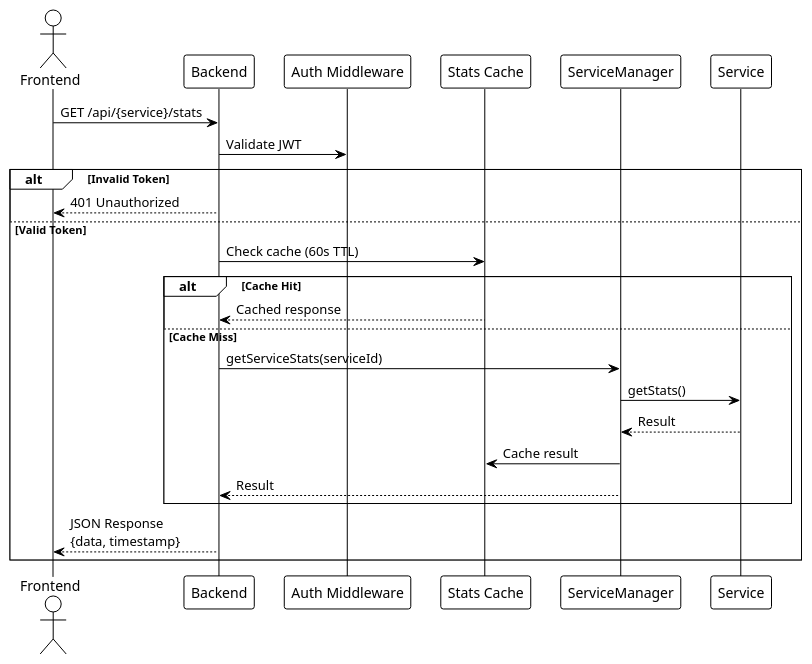
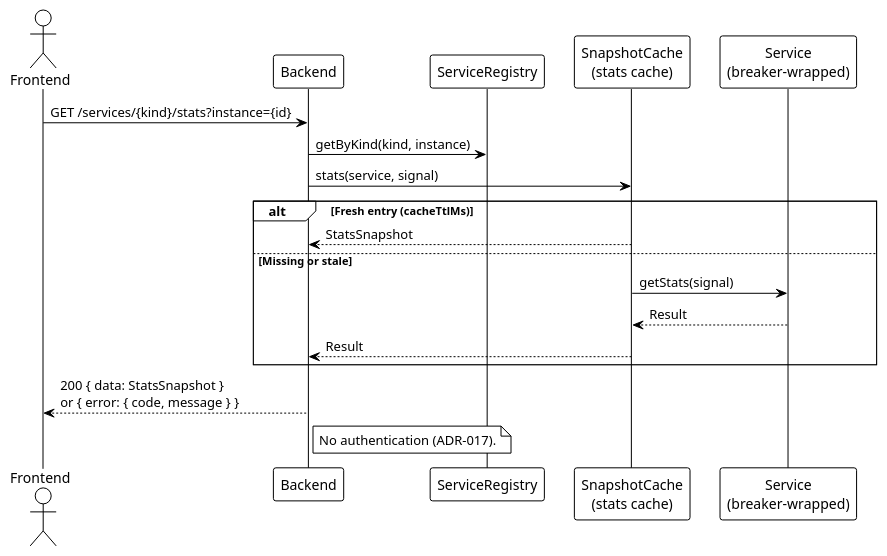
The second of 3 diagrams in docs/features/service-monitoring.md (EraPartner/Watchman), drawn with PlantUML before and after one commit. The commit also changed other lines of this file and 32 other files, not shown here.

````diff
--- a/docs/features/service-monitoring.md
+++ b/docs/features/service-monitoring.md
@@ -210,30 +198,27 @@
 ```plantuml
 @startuml
 !theme plain
 
 actor "Frontend" as FE
 participant "Backend" as BE
-participant "Auth Middleware" as Auth
-participant "Stats Cache" as Cache
-participant "ServiceManager" as SvcMgr
-participant "Service" as Svc
+participant "ServiceRegistry" as Reg
+participant "SnapshotCache\n(stats cache)" as Cache
+participant "Service\n(breaker-wrapped)" as Svc
 
-FE -> BE : GET /api/{service}/stats
-BE -> Auth : Validate JWT
-alt Invalid Token
-    BE --> FE : 401 Unauthorized
-else Valid Token
-    BE -> Cache : Check cache (60s TTL)
-    alt Cache Hit
-        Cache --> BE : Cached response
-    else Cache Miss
-        BE -> SvcMgr : getServiceStats(serviceId)
-        SvcMgr -> Svc : getStats()
-        Svc --> SvcMgr : Result
-        SvcMgr -> Cache : Cache result
-        SvcMgr --> BE : Result
-    end
-    BE --> FE : JSON Response\n{data, timestamp}
+FE -> BE : GET /services/{kind}/stats?instance={id}
+BE -> Reg : getByKind(kind, instance)
+BE -> Cache : stats(service, signal)
+alt Fresh entry (cacheTtlMs)
+    Cache --> BE : StatsSnapshot
+else Missing or stale
+    Cache -> Svc : getStats(signal)
+    Svc --> Cache : Result
+    Cache --> BE : Result
 end
+BE --> FE : 200 { data: StatsSnapshot }\nor { error: { code, message } }
+
+note right of BE
+  No authentication (ADR-017).
+end note
 @enduml
 ```
````
